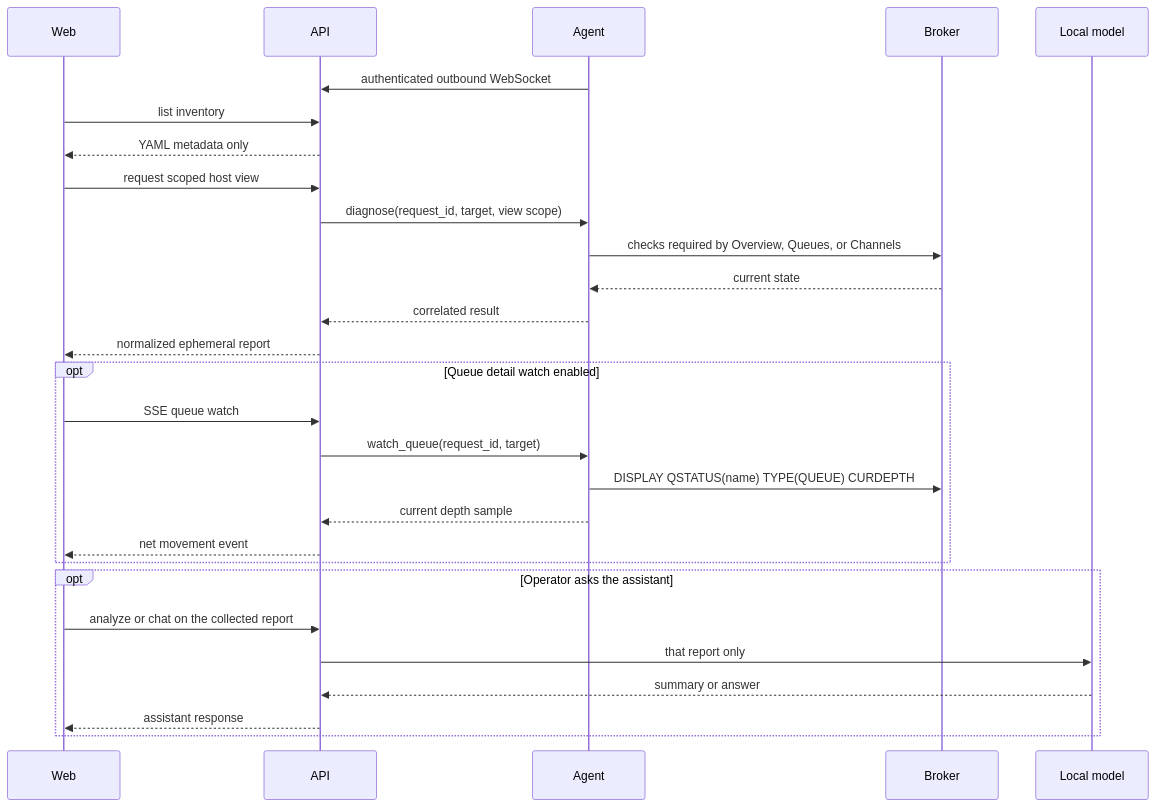
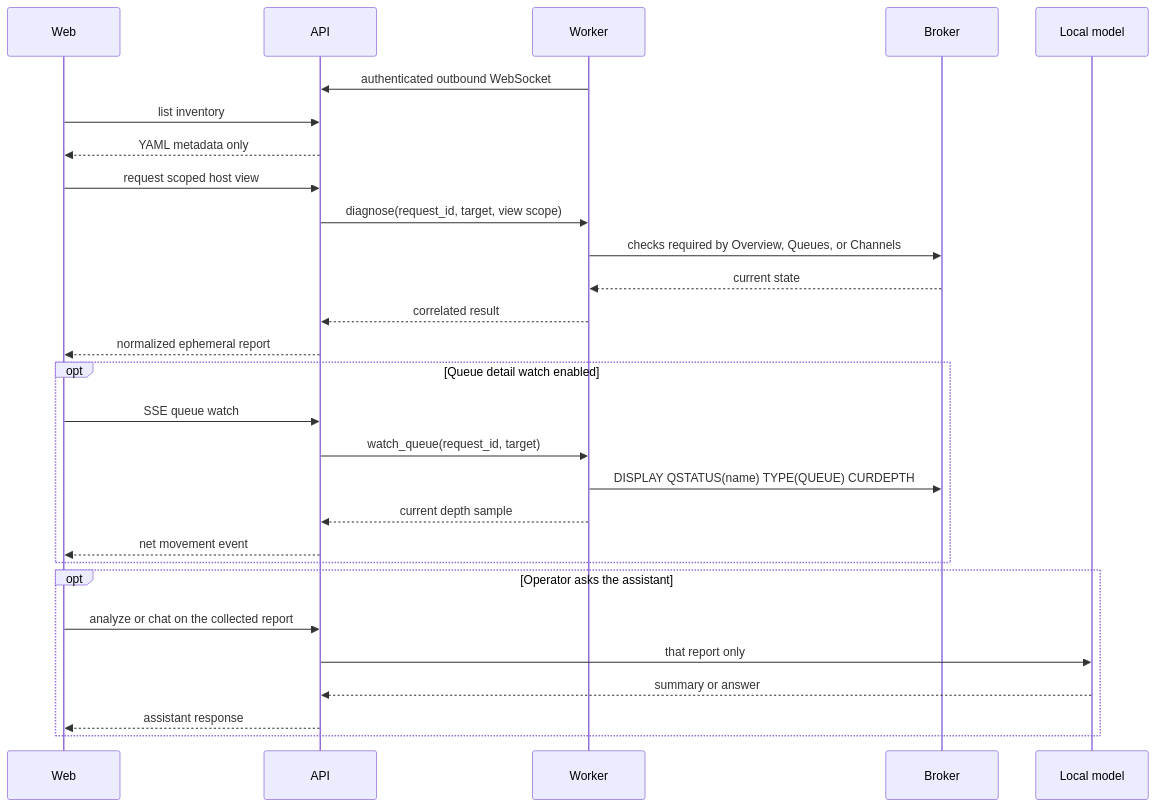
One commit to mqdeck/mqdeck changed the diagram in docs/architecture.md. Above: the diagram before and after it, drawn with Mermaid. The commit also changed other lines of this file and 64 other files, not shown here.

Commit message:
Publish Worker packaging and properties files for API, Web, and Worker.

````diff
--- a/docs/architecture.md
+++ b/docs/architecture.md
@@ -5,30 +5,30 @@
 ```mermaid
 sequenceDiagram
     participant Web
     participant API
-    participant Agent
+    participant Worker
     participant Broker
     participant Model as Local model
-    Agent->>API: authenticated outbound WebSocket
+    Worker->>API: authenticated outbound WebSocket
     Web->>API: list inventory
     API-->>Web: YAML metadata only
     Web->>API: request scoped host view
-    API->>Agent: diagnose(request_id, target, view scope)
-    Agent->>Broker: checks required by Overview, Queues, or Channels
-    Broker-->>Agent: current state
-    Agent-->>API: correlated result
+    API->>Worker: diagnose(request_id, target, view scope)
+    Worker->>Broker: checks required by Overview, Queues, or Channels
+    Broker-->>Worker: current state
+    Worker-->>API: correlated result
     API-->>Web: normalized ephemeral report
     opt Queue detail watch enabled
       Web->>API: SSE queue watch
-      API->>Agent: watch_queue(request_id, target)
-      Agent->>Broker: DISPLAY QSTATUS(name) TYPE(QUEUE) CURDEPTH
-      Agent-->>API: current depth sample
+      API->>Worker: watch_queue(request_id, target)
+      Worker->>Broker: DISPLAY QSTATUS(name) TYPE(QUEUE) CURDEPTH
+      Worker-->>API: current depth sample
       API-->>Web: net movement event
     end
     opt Operator asks the assistant
       Web->>API: analyze or chat on the collected report
       API->>Model: that report only
       Model-->>API: summary or answer
       API-->>Web: assistant response
     end
 ```
````
